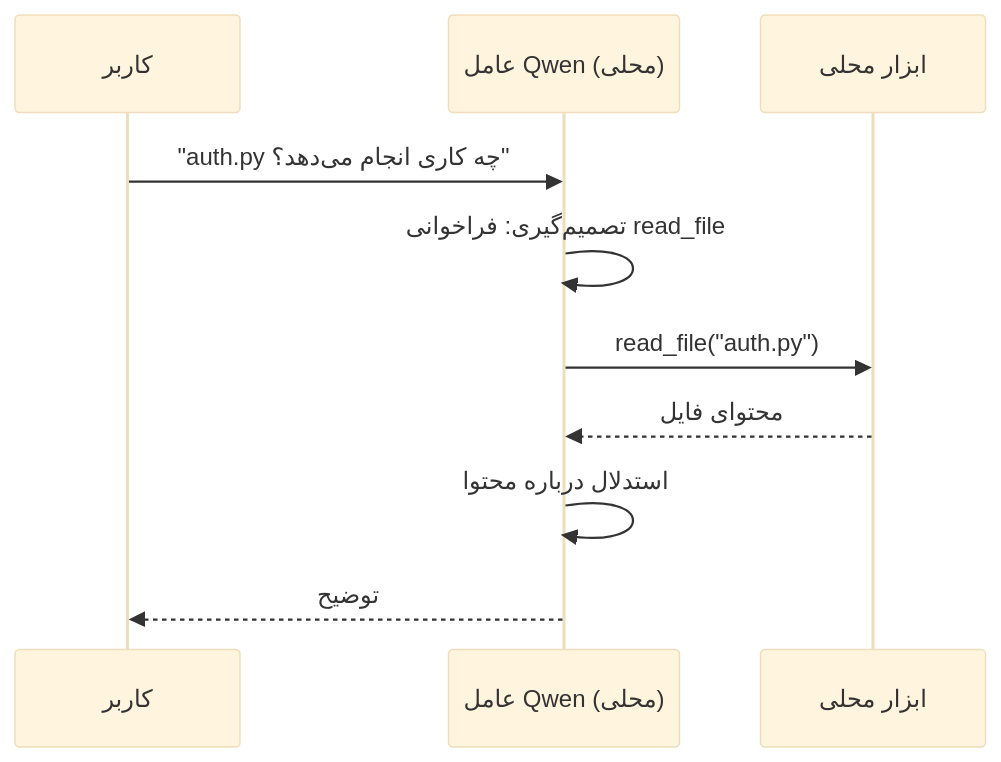
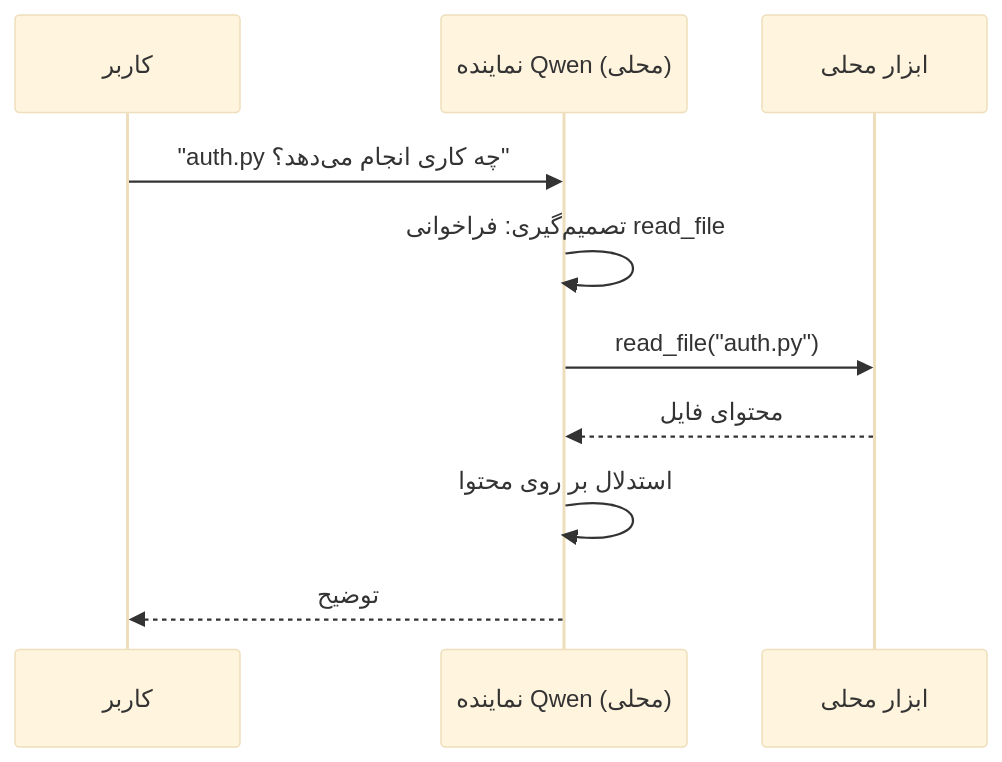
Before and after one commit to microsoft/ai-agents-for-beginners: the second of 4 diagrams in translations/fa/17-creating-local-ai-agents/README.md, drawn with Mermaid (base theme). The commit also changed other lines of this file and 47 other files, not shown here.

````diff
--- a/translations/fa/17-creating-local-ai-agents/README.md
+++ b/translations/fa/17-creating-local-ai-agents/README.md
@@ -106,12 +106,12 @@
 ```mermaid
 sequenceDiagram
     participant U as کاربر
-    participant A as عامل Qwen (محلی)
+    participant A as نماینده Qwen (محلی)
     participant T as ابزار محلی
     U->>A: "auth.py چه کاری انجام می‌دهد؟"
     A->>A: تصمیم‌گیری: فراخوانی read_file
     A->>T: read_file("auth.py")
     T-->>A: محتوای فایل
-    A->>A: استدلال درباره محتوا
+    A->>A: استدلال بر روی محتوا
     A-->>U: توضیح
 ```
````
